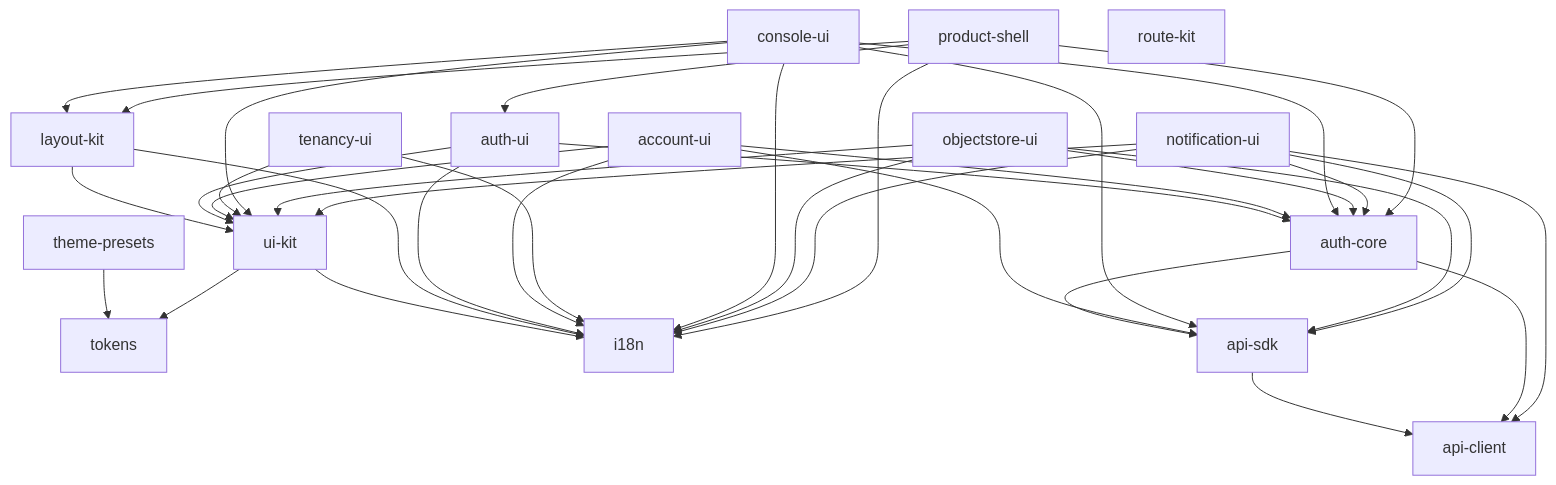
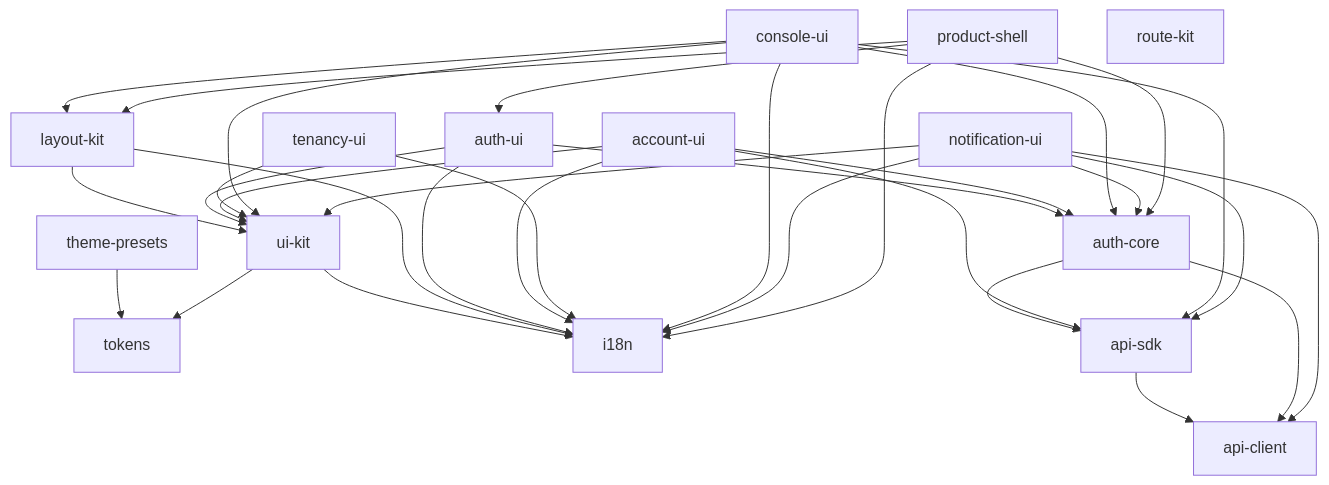
Before and after one commit to wangzw/speed: the diagram in docs/design/modules/web/design-web.md, drawn with Mermaid. The commit also changed other lines of this file and 134 other files, not shown here.

````diff
--- a/docs/design/modules/web/design-web.md
+++ b/docs/design/modules/web/design-web.md
@@ -162,42 +161,38 @@
 ```mermaid
 graph TD
     tokens
     theme-presets --> tokens
     i18n
     api-client
     ui-kit --> tokens
     ui-kit --> i18n
     layout-kit --> ui-kit
     layout-kit --> i18n
     api-sdk --> api-client
     auth-core --> api-sdk
     auth-core --> api-client
     auth-ui --> ui-kit
     auth-ui --> auth-core
     auth-ui --> i18n
     account-ui --> ui-kit
     account-ui --> auth-core
     account-ui --> i18n
     account-ui --> api-sdk
     tenancy-ui --> i18n
     tenancy-ui --> ui-kit
     console-ui --> ui-kit
     console-ui --> layout-kit
     console-ui --> auth-core
     console-ui --> api-sdk
     console-ui --> i18n
-    objectstore-ui --> ui-kit
-    objectstore-ui --> i18n
-    objectstore-ui --> api-sdk
-    objectstore-ui --> auth-core
     notification-ui --> ui-kit
     notification-ui --> i18n
     notification-ui --> auth-core
     notification-ui --> api-sdk
     notification-ui --> api-client
     product-shell --> layout-kit
     product-shell --> auth-ui
     product-shell --> auth-core
     product-shell --> i18n
     route-kit
 ```
````
